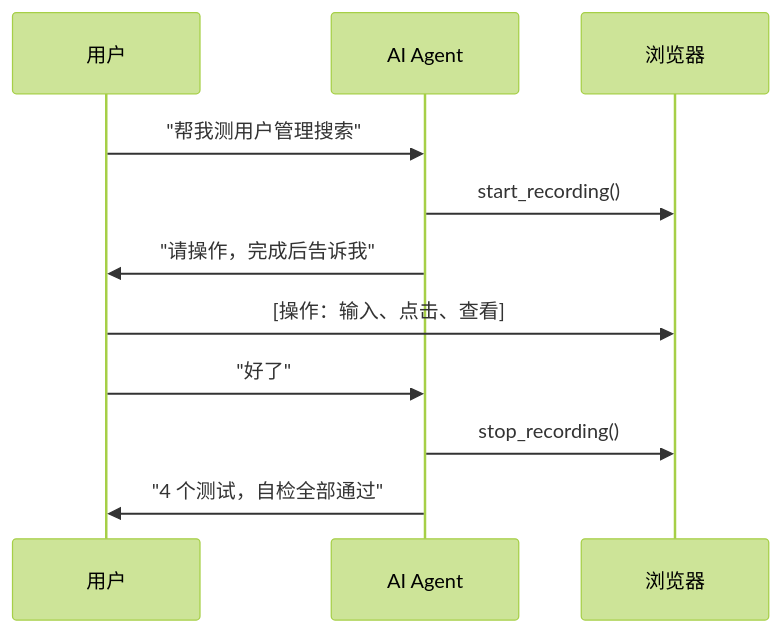
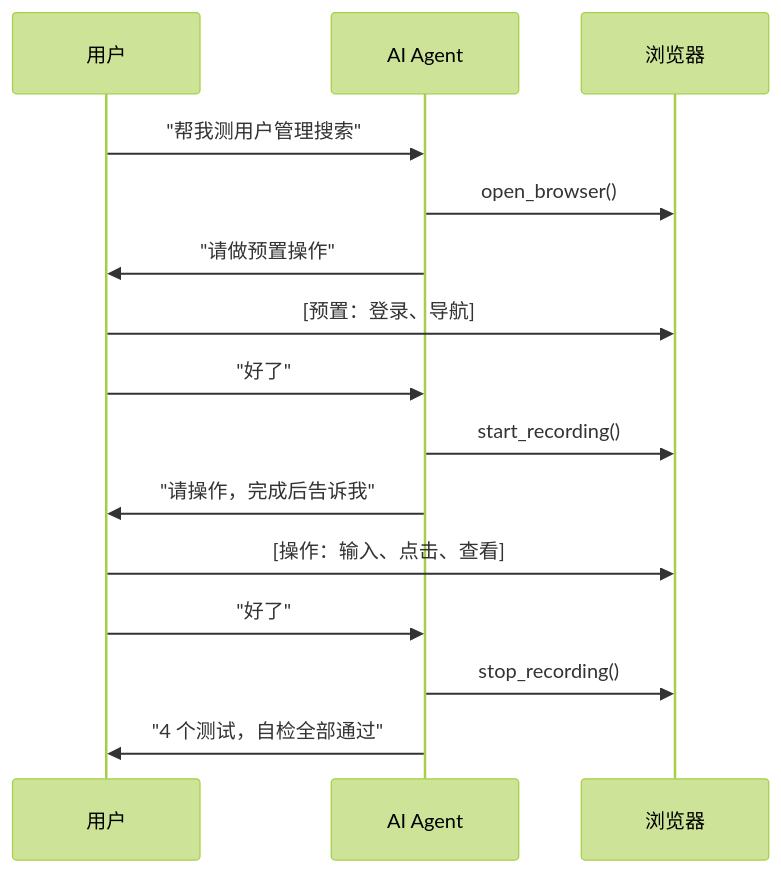
Before and after one commit to timgunnar/UIBridge: the second of 2 diagrams in docs/positioning.md, drawn with Mermaid (forest theme). The commit also changed other lines of this file and 33 other files, not shown here.

````diff
--- a/docs/positioning.md
+++ b/docs/positioning.md
@@ -60,14 +60,18 @@
 ```mermaid
 sequenceDiagram
     participant U as 用户
     participant A as AI Agent
     participant B as 浏览器
 
     U->>A: "帮我测用户管理搜索"
+    A->>B: open_browser()
+    A->>U: "请做预置操作"
+    U->>B: [预置：登录、导航]
+    U->>A: "好了"
     A->>B: start_recording()
     A->>U: "请操作，完成后告诉我"
     U->>B: [操作：输入、点击、查看]
     U->>A: "好了"
     A->>B: stop_recording()
     A->>U: "4 个测试，自检全部通过"
 ```
````
